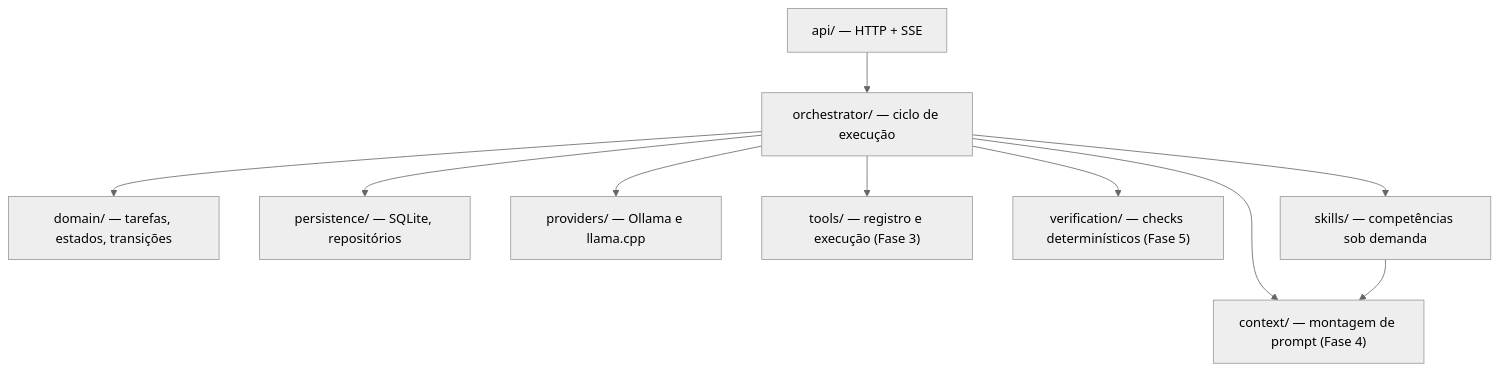
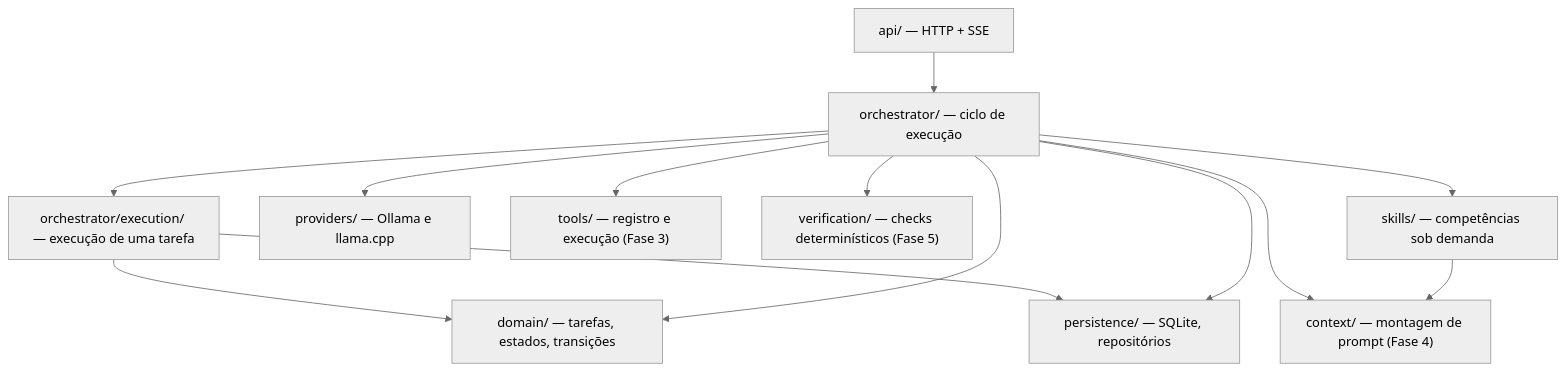
One commit to HidekiNishida/Callidus changed the diagram in docs/architecture/visao-geral.md. Above: the diagram before and after it, drawn with Mermaid (neutral theme). The commit also changed other lines of this file and 14 other files, not shown here.

````diff
--- a/docs/architecture/visao-geral.md
+++ b/docs/architecture/visao-geral.md
@@ -23,21 +23,25 @@
 ```mermaid
 flowchart TB
   API["api/ — HTTP + SSE"]
   ORCH["orchestrator/ — ciclo de execução"]
+  EXEC["orchestrator/execution/ — execução de uma tarefa"]
   DOM["domain/ — tarefas, estados, transições"]
   PERS["persistence/ — SQLite, repositórios"]
   CTX["context/ — montagem de prompt (Fase 4)"]
   PROV["providers/ — Ollama e llama.cpp"]
   TOOLS["tools/ — registro e execução (Fase 3)"]
   VER["verification/ — checks determinísticos (Fase 5)"]
   SKILL["skills/ — competências sob demanda"]
   API --> ORCH
+  ORCH --> EXEC
+  EXEC --> DOM
+  EXEC --> PERS
   ORCH --> DOM
   ORCH --> PERS
   ORCH --> CTX
   ORCH --> PROV
   ORCH --> TOOLS
   ORCH --> VER
   ORCH --> SKILL
   SKILL --> CTX
 ```
````
